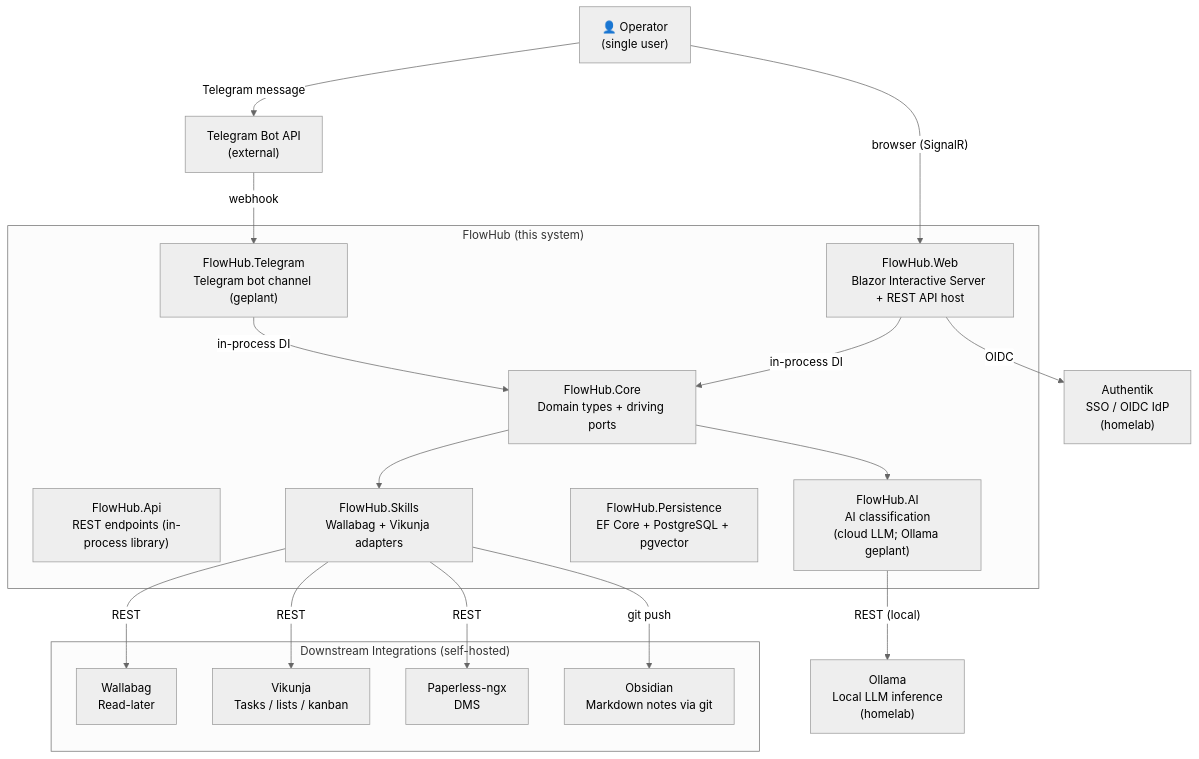
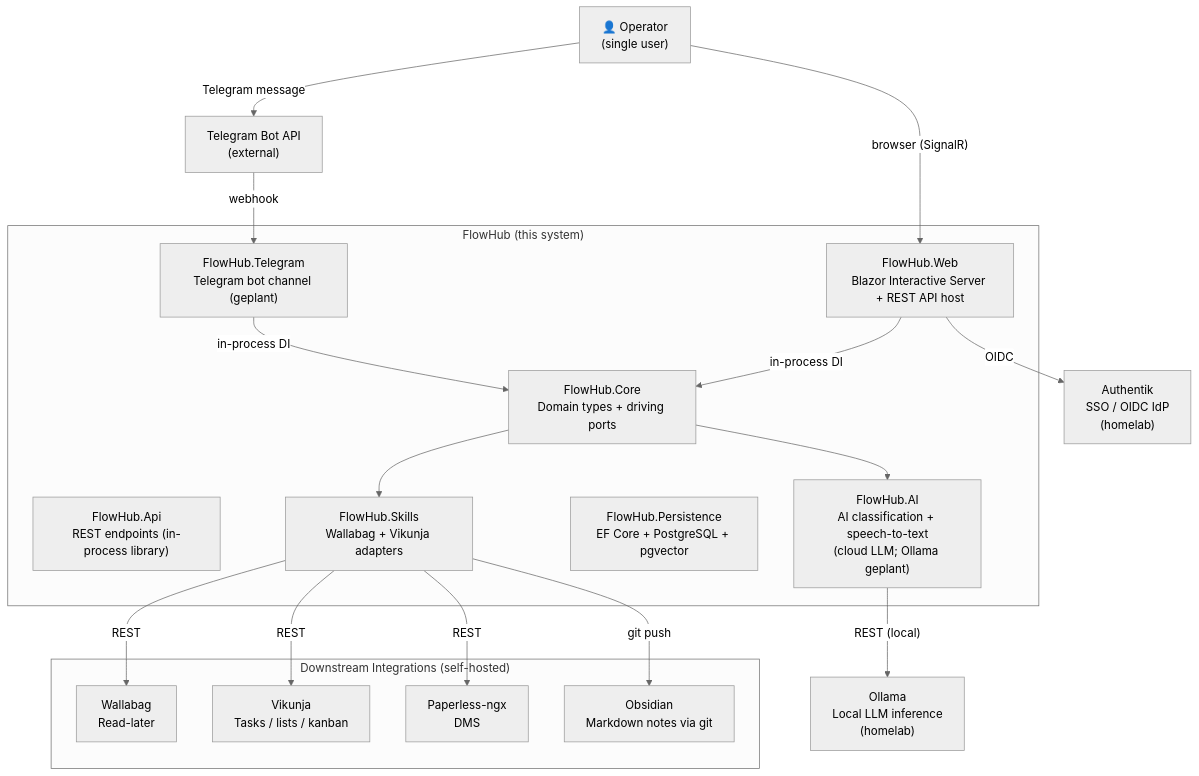
The first of 2 diagrams in docs/spec/system-context.md (freaxnx01/flowhub), drawn with Mermaid (neutral theme) before and after one commit. The commit also changed other lines of this file and 2 other files, not shown here.

Commit message:
docs(voice): record speech-to-text capture
Refs #21

````diff
--- a/docs/spec/system-context.md
+++ b/docs/spec/system-context.md
@@ -5,39 +5,39 @@
 ```mermaid
 graph TD
     Operator["👤 Operator<br/>(single user)"]
 
     subgraph FlowHub ["FlowHub (this system)"]
         Web["FlowHub.Web<br/>Blazor Interactive Server + REST API host"]
         Core["FlowHub.Core<br/>Domain types + driving ports"]
         Api["FlowHub.Api<br/>REST endpoints (in-process library)"]
-        AI["FlowHub.AI<br/>AI classification<br/>(cloud LLM; Ollama geplant)"]
+        AI["FlowHub.AI<br/>AI classification + speech-to-text<br/>(cloud LLM; Ollama geplant)"]
         Persistence["FlowHub.Persistence<br/>EF Core + PostgreSQL + pgvector"]
         Skills["FlowHub.Skills<br/>Wallabag + Vikunja adapters"]
         Telegram["FlowHub.Telegram<br/>Telegram bot channel (geplant)"]
     end
 
     subgraph Downstream ["Downstream Integrations (self-hosted)"]
         Wallabag["Wallabag<br/>Read-later"]
         Vikunja["Vikunja<br/>Tasks / lists / kanban"]
         Paperless["Paperless-ngx<br/>DMS"]
         Obsidian["Obsidian<br/>Markdown notes via git"]
     end
 
     Authentik["Authentik<br/>SSO / OIDC IdP<br/>(homelab)"]
     Ollama["Ollama<br/>Local LLM inference<br/>(homelab)"]
     TelegramAPI["Telegram Bot API<br/>(external)"]
 
     Operator -- "browser (SignalR)" --> Web
     Operator -- "Telegram message" --> TelegramAPI
     TelegramAPI -- "webhook" --> Telegram
     Web -- "in-process DI" --> Core
     Telegram -- "in-process DI" --> Core
     Core --> AI
     AI -- "REST (local)" --> Ollama
     Core --> Skills
     Skills -- "REST" --> Wallabag
     Skills -- "REST" --> Vikunja
     Skills -- "REST" --> Paperless
     Skills -- "git push" --> Obsidian
     Web -- "OIDC" --> Authentik
 ```
````
